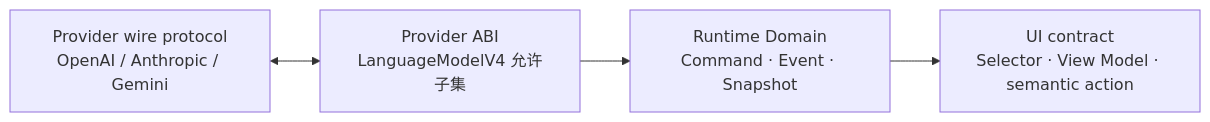
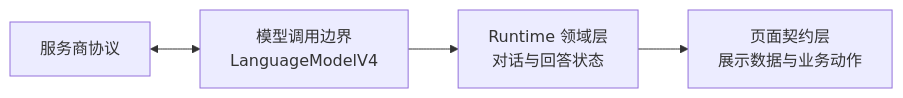
The second of 3 diagrams in docs-next/src/concepts/runtime-overview.md (gene9831/tiny-robot), drawn with Mermaid before and after one commit. The commit also changed other lines of this file and 7 other files, not shown here.

````diff
--- a/docs-next/src/concepts/runtime-overview.md
+++ b/docs-next/src/concepts/runtime-overview.md
@@ -13,11 +38,11 @@
 ```mermaid
 flowchart LR
-  Wire["Provider wire protocol<br/>OpenAI / Anthropic / Gemini"]
-  ABI["Provider ABI<br/>LanguageModelV4 允许子集"]
-  Domain["Runtime Domain<br/>Command · Event · Snapshot"]
-  UI["UI contract<br/>Selector · View Model · semantic action"]
+  Wire["服务商协议"]
+  ModelBoundary["模型调用边界<br/>LanguageModelV4"]
+  Domain["Runtime 领域层<br/>对话与回答状态"]
+  UI["页面契约层<br/>展示数据与业务动作"]
 
-  Wire <--> ABI
-  ABI --> Domain
+  Wire <--> ModelBoundary
+  ModelBoundary --> Domain
   Domain --> UI
 ```
````
